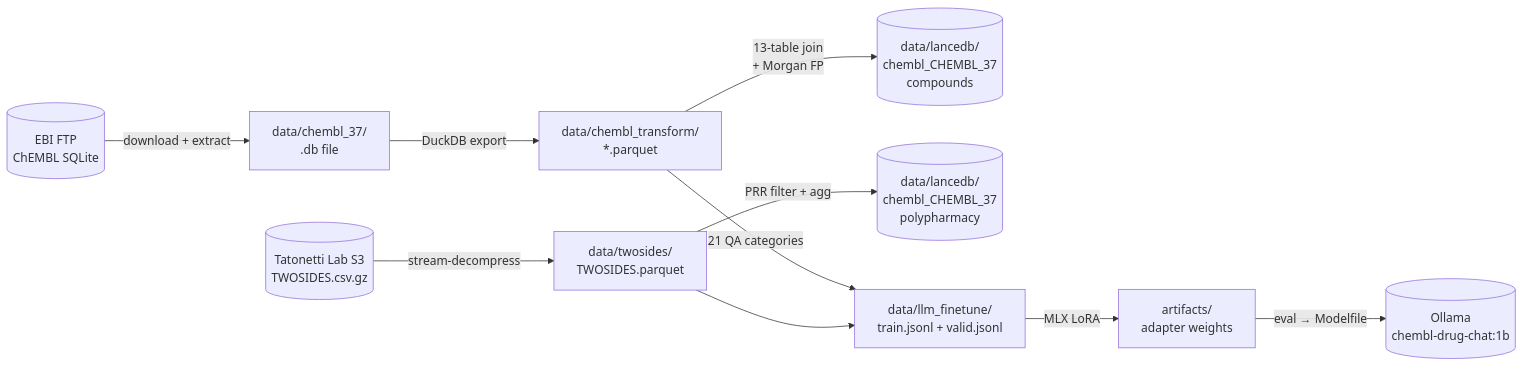
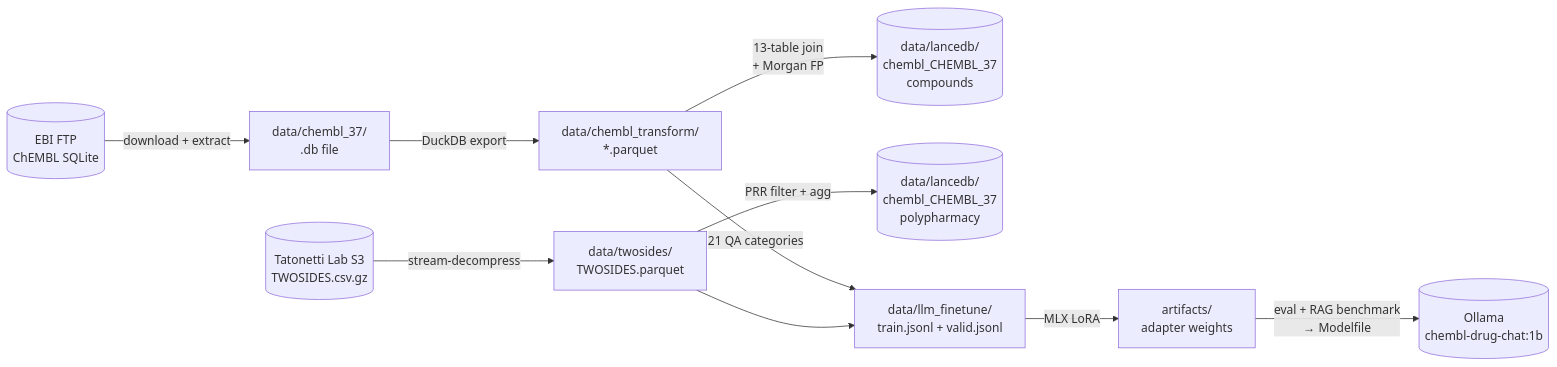
One commit to AymanSulaiman/chem_mlops changed the fifth of 5 diagrams in app/orchestration/README.md. Above: the diagram before and after it, drawn with Mermaid. The commit also changed other lines of this file and 30 other files, not shown here.

````diff
--- a/app/orchestration/README.md
+++ b/app/orchestration/README.md
@@ -213,16 +234,16 @@
 ```mermaid
 flowchart LR
     EBI[(EBI FTP\nChEMBL SQLite)] -->|download + extract| RAW[data/chembl_37/\n.db file]
     S3[(Tatonetti Lab S3\nTWOSIDES.csv.gz)] -->|stream-decompress| TW[data/twosides/\nTWOSIDES.parquet]
 
     RAW -->|DuckDB export| PQ[data/chembl_transform/\n*.parquet]
 
     PQ -->|13-table join\n+ Morgan FP| LDB[(data/lancedb/\nchembl_CHEMBL_37\ncompounds)]
     TW -->|PRR filter + agg| LDB2[(data/lancedb/\nchembl_CHEMBL_37\npolypharmacy)]
 
     PQ -->|21 QA categories| FT[data/llm_finetune/\ntrain.jsonl + valid.jsonl]
     TW --> FT
 
     FT -->|MLX LoRA| ART[artifacts/\nadapter weights]
-    ART -->|eval → Modelfile| OLL[(Ollama\nchembl-drug-chat:1b)]
+    ART -->|eval + RAG benchmark\n→ Modelfile| OLL[(Ollama\nchembl-drug-chat:1b)]
 ```
````
